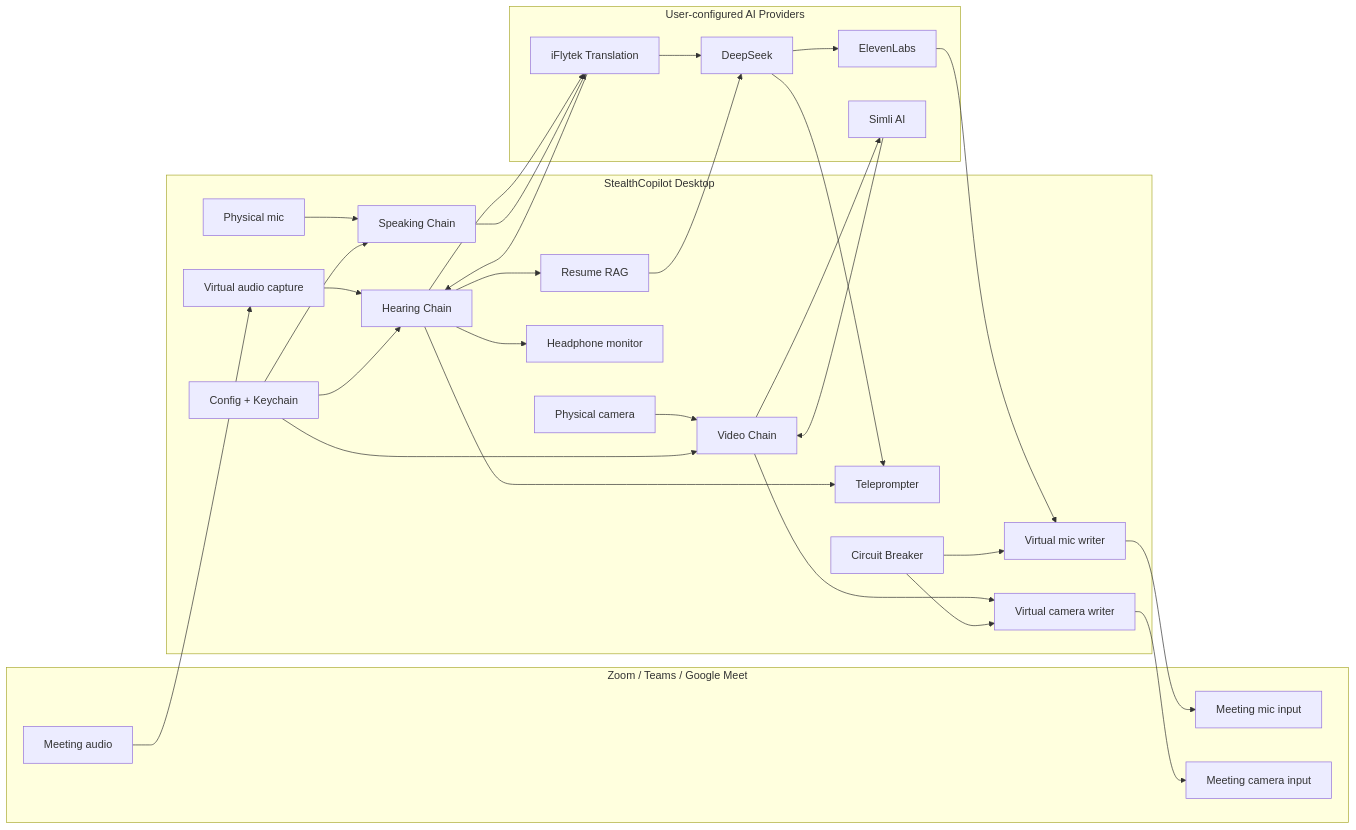
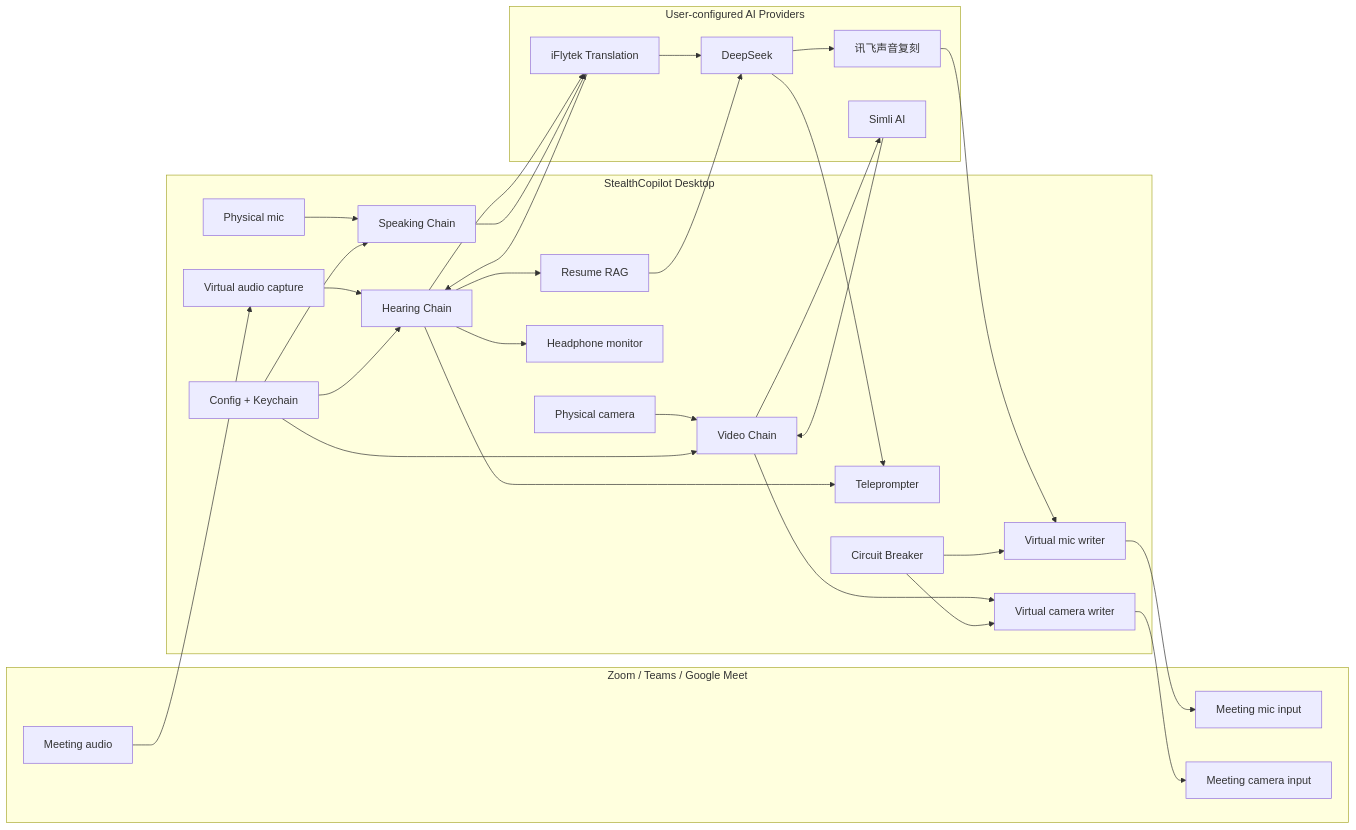
One commit to zhaoyta/StealthCopilot changed the diagram in README.md. Above: the diagram before and after it, drawn with Mermaid. The commit also changed other lines of this file and 53 other files, not shown here.

````diff
--- a/README.md
+++ b/README.md
@@ -62,45 +62,45 @@
 ```mermaid
 flowchart LR
   subgraph Meeting["Zoom / Teams / Google Meet"]
     A1["Meeting audio"]
     A2["Meeting mic input"]
     A3["Meeting camera input"]
   end
 
   subgraph Local["StealthCopilot Desktop"]
     B1["Virtual audio capture"]
     B2["Hearing Chain"]
     B3["Resume RAG"]
     B4["Teleprompter"]
     B5["Headphone monitor"]
     C1["Physical mic"]
     C2["Speaking Chain"]
     C3["Virtual mic writer"]
     D1["Physical camera"]
     D2["Video Chain"]
     D3["Virtual camera writer"]
     E1["Config + Keychain"]
     E2["Circuit Breaker"]
   end
 
   subgraph Cloud["User-configured AI Providers"]
     X1["iFlytek Translation"]
     X2["DeepSeek"]
-    X3["ElevenLabs"]
+    X3["讯飞声音复刻"]
     X4["Simli AI"]
   end
 
   A1 --> B1 --> B2 --> X1
   X1 --> B2 --> B4
   B2 --> B5
   B2 --> B3 --> X2 --> B4
 
   C1 --> C2 --> X1 --> X2 --> X3 --> C3 --> A2
   D1 --> D2 --> X4 --> D2 --> D3 --> A3
 
   E1 --> B2
   E1 --> C2
   E1 --> D2
   E2 --> C3
   E2 --> D3
 ```
````
